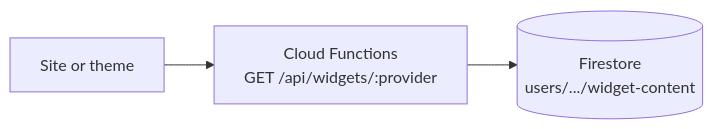
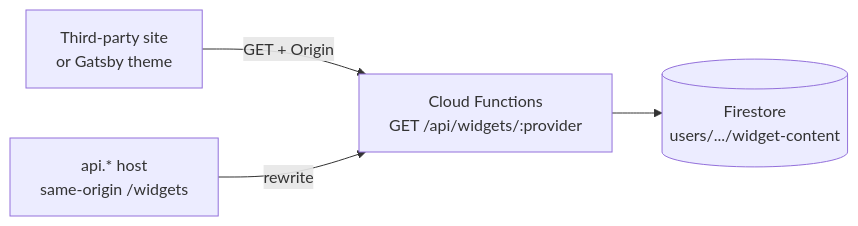
Before and after one commit to chrisvogt/metrics: the third of 5 diagrams in README.md, drawn with Mermaid. The commit also changed other lines of this file and 1 other file, not shown here.

First line of the commit message:
docs: align README diagrams with console/api hostnames and CORS

````diff
--- a/README.md
+++ b/README.md
@@ -88,5 +111,8 @@
 ```mermaid
 flowchart LR
-  site[Site or theme] --> fn[Cloud Functions<br/>GET /api/widgets/:provider]
+  site[Third-party site<br/>or Gatsby theme]
+  apiHost[api.* host<br/>same-origin /widgets]
+  site -->|GET + Origin| fn[Cloud Functions<br/>GET /api/widgets/:provider]
+  apiHost -->|rewrite| fn
   fn --> fs[(Firestore<br/>users/.../widget-content)]
 ```
````
